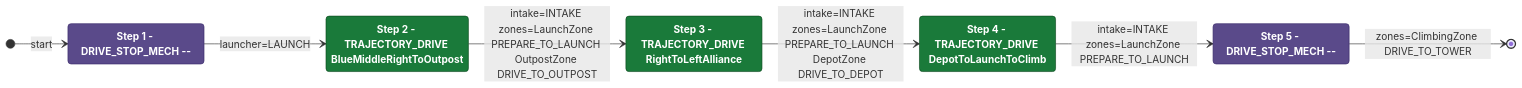
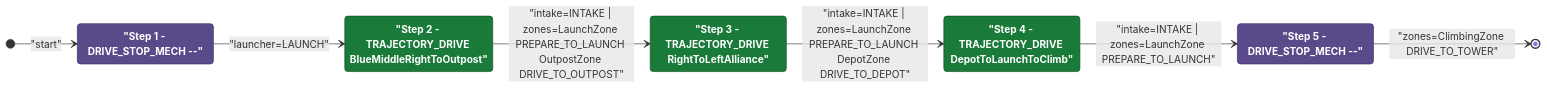
Before and after one commit to Team302/2026Rebuilt: the diagram in documents/auton/RedBOutLaunch0DepOutScoreClimb.md, drawn with Mermaid. The commit also changed other lines of this file and 242 other files, not shown here.

Commit message:
Regenerated diagrams with fixed red

````diff
--- a/documents/auton/RedBOutLaunch0DepOutScoreClimb.md
+++ b/documents/auton/RedBOutLaunch0DepOutScoreClimb.md
@@ -8,27 +8,27 @@
 ```mermaid
 stateDiagram-v2
     direction LR
 
     %% Green = intake active, Purple = intake off
     classDef intake  fill:#1a7a3a,color:#ffffff,stroke:#0d4a1f,font-weight:bold
     classDef noIntake fill:#5a4a8a,color:#ffffff,stroke:#3a2a6a,font-weight:bold
 
-    Step1 : Step 1 - DRIVE_STOP_MECH --
-    Step2 : Step 2 - TRAJECTORY_DRIVE BlueMiddleRightToOutpost
-    Step3 : Step 3 - TRAJECTORY_DRIVE RightToLeftAlliance
-    Step4 : Step 4 - TRAJECTORY_DRIVE DepotToLaunchToClimb
-    Step5 : Step 5 - DRIVE_STOP_MECH --
+    Step1 : "Step 1 - DRIVE_STOP_MECH --"
+    Step2 : "Step 2 - TRAJECTORY_DRIVE BlueMiddleRightToOutpost"
+    Step3 : "Step 3 - TRAJECTORY_DRIVE RightToLeftAlliance"
+    Step4 : "Step 4 - TRAJECTORY_DRIVE DepotToLaunchToClimb"
+    Step5 : "Step 5 - DRIVE_STOP_MECH --"
 
     class Step1 noIntake
     class Step2 intake
     class Step3 intake
     class Step4 intake
     class Step5 noIntake
 
-    [*] --> Step1 : start
-    Step1 --> Step2: launcher=LAUNCH
-    Step2 --> Step3: intake=INTAKE zones=LaunchZone PREPARE_TO_LAUNCH OutpostZone DRIVE_TO_OUTPOST
-    Step3 --> Step4: intake=INTAKE zones=LaunchZone PREPARE_TO_LAUNCH DepotZone DRIVE_TO_DEPOT
-    Step4 --> Step5: intake=INTAKE zones=LaunchZone PREPARE_TO_LAUNCH
-    Step5 --> [*]: zones=ClimbingZone DRIVE_TO_TOWER
+    [*] --> Step1 : "start"
+    Step1 --> Step2: "launcher=LAUNCH"
+    Step2 --> Step3: "intake=INTAKE | zones=LaunchZone PREPARE_TO_LAUNCH OutpostZone DRIVE_TO_OUTPOST"
+    Step3 --> Step4: "intake=INTAKE | zones=LaunchZone PREPARE_TO_LAUNCH DepotZone DRIVE_TO_DEPOT"
+    Step4 --> Step5: "intake=INTAKE | zones=LaunchZone PREPARE_TO_LAUNCH"
+    Step5 --> [*]: "zones=ClimbingZone DRIVE_TO_TOWER"
 ```
````
